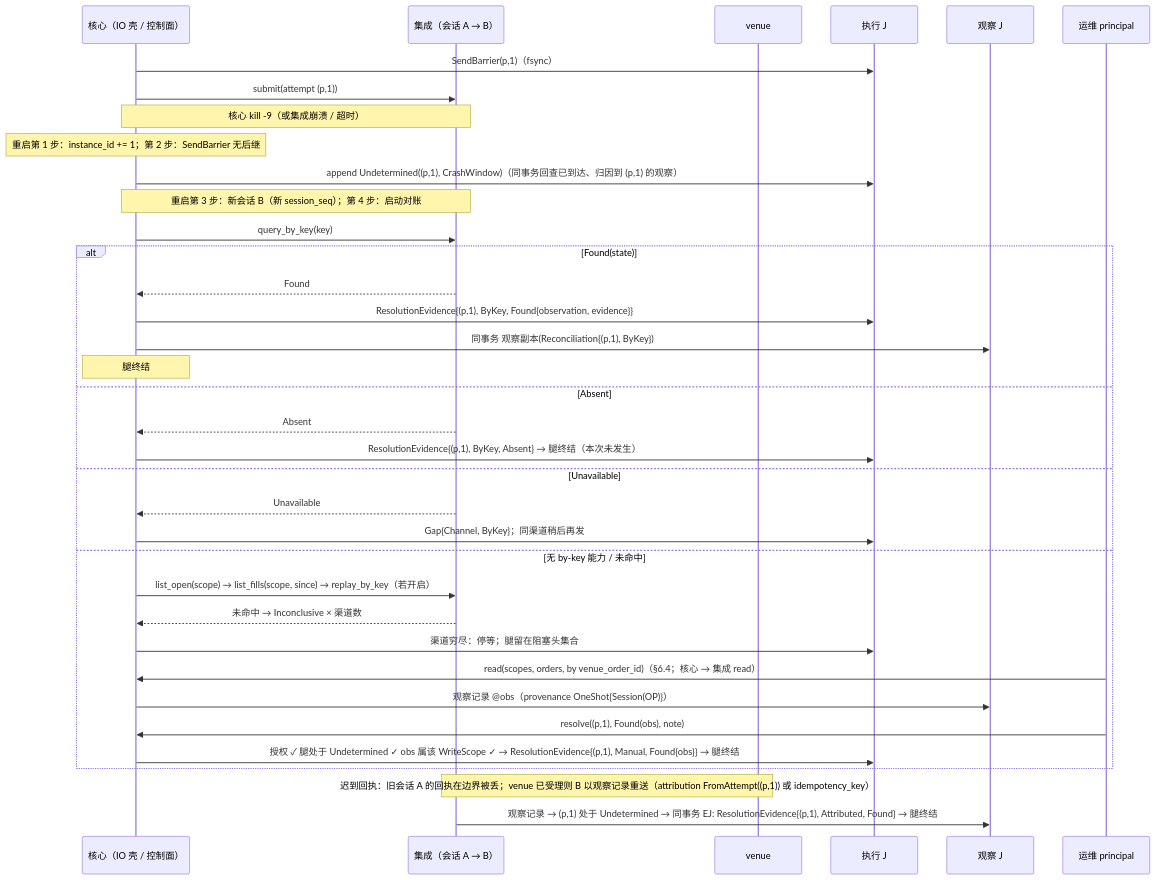
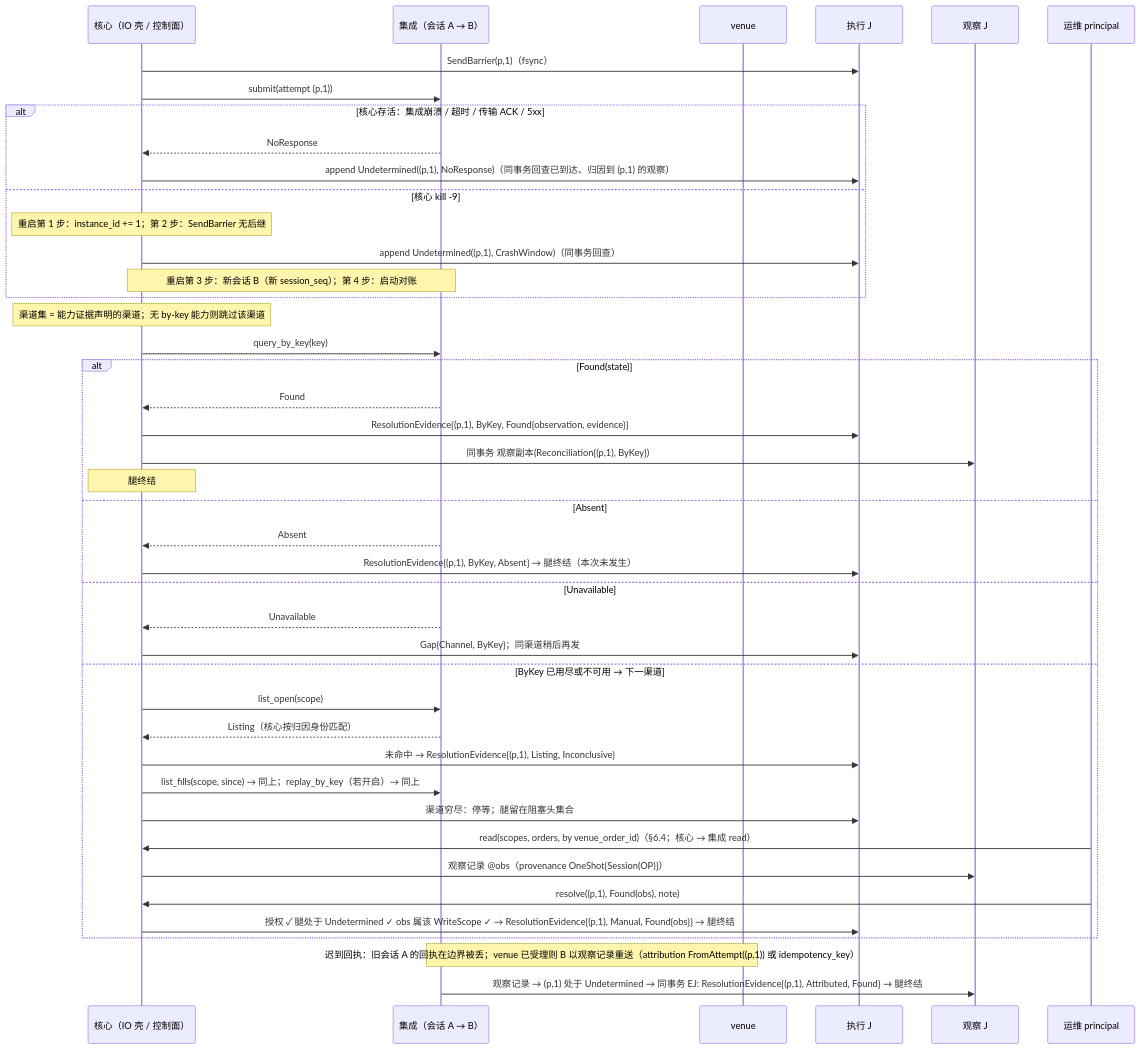
Before and after one commit to mouriya-s-lab/uta: the sixth of 7 diagrams in design/diagrams/06-io-shell-attempt.md, drawn with Mermaid. The commit also changed other lines of this file and 10 other files, not shown here.

````diff
--- a/design/diagrams/06-io-shell-attempt.md
+++ b/design/diagrams/06-io-shell-attempt.md
@@ -203,38 +203,45 @@
 ```mermaid
 sequenceDiagram
   participant IO as 核心（IO 壳 / 控制面）
   participant I as 集成（会话 A → B）
   participant V as venue
   participant EJ as 执行 J
   participant OJ as 观察 J
   participant OP as 运维 principal
   IO->>EJ: SendBarrier(p,1)（fsync）
   IO->>I: submit(attempt (p,1))
-  Note over IO,I: 核心 kill -9（或集成崩溃 / 超时）
-  Note over IO: 重启第 1 步：instance_id += 1；第 2 步：SendBarrier 无后继
-  IO->>EJ: append Undetermined((p,1), CrashWindow)（同事务回查已到达、归因到 (p,1) 的观察）
-  Note over IO,I: 重启第 3 步：新会话 B（新 session_seq）；第 4 步：启动对账
+  alt 核心存活：集成崩溃 / 超时 / 传输 ACK / 5xx
+    I-->>IO: NoResponse
+    IO->>EJ: append Undetermined((p,1), NoResponse)（同事务回查已到达、归因到 (p,1) 的观察）
+  else 核心 kill -9
+    Note over IO: 重启第 1 步：instance_id += 1；第 2 步：SendBarrier 无后继
+    IO->>EJ: append Undetermined((p,1), CrashWindow)（同事务回查）
+    Note over IO,I: 重启第 3 步：新会话 B（新 session_seq）；第 4 步：启动对账
+  end
+  Note over IO: 渠道集 = 能力证据声明的渠道；无 by-key 能力则跳过该渠道
   IO->>I: query_by_key(key)
   alt Found(state)
     I-->>IO: Found
     IO->>EJ: ResolutionEvidence{(p,1), ByKey, Found{observation, evidence}}
     IO->>OJ: 同事务 观察副本(Reconciliation{(p,1), ByKey})
     Note over IO: 腿终结
   else Absent
     I-->>IO: Absent
     IO->>EJ: ResolutionEvidence{(p,1), ByKey, Absent} → 腿终结（本次未发生）
   else Unavailable
     I-->>IO: Unavailable
     IO->>EJ: Gap{Channel, ByKey}；同渠道稍后再发
-  else 无 by-key 能力 / 未命中
-    IO->>I: list_open(scope) → list_fills(scope, since) → replay_by_key（若开启）
-    I-->>IO: 未命中 → Inconclusive × 渠道数
+  else ByKey 已用尽或不可用 → 下一渠道
+    IO->>I: list_open(scope)
+    I-->>IO: Listing（核心按归因身份匹配）
+    IO->>EJ: 未命中 → ResolutionEvidence{(p,1), Listing, Inconclusive}
+    IO->>I: list_fills(scope, since) → 同上；replay_by_key（若开启）→ 同上
     IO->>EJ: 渠道穷尽：停等；腿留在阻塞头集合
     OP->>IO: read(scopes, orders, by venue_order_id)（§6.4；核心 → 集成 read）
     IO->>OJ: 观察记录 @obs（provenance OneShot{Session(OP)}）
     OP->>IO: resolve((p,1), Found(obs), note)
     IO->>EJ: 授权 ✓ 腿处于 Undetermined ✓ obs 属该 WriteScope ✓ → ResolutionEvidence{(p,1), Manual, Found{obs}} → 腿终结
   end
   Note over I,V: 迟到回执：旧会话 A 的回执在边界被丢；venue 已受理则 B 以观察记录重送（attribution FromAttempt((p,1)) 或 idempotency_key）
   I->>OJ: 观察记录 → (p,1) 处于 Undetermined → 同事务 EJ: ResolutionEvidence{(p,1), Attributed, Found} → 腿终结
 ```
````
